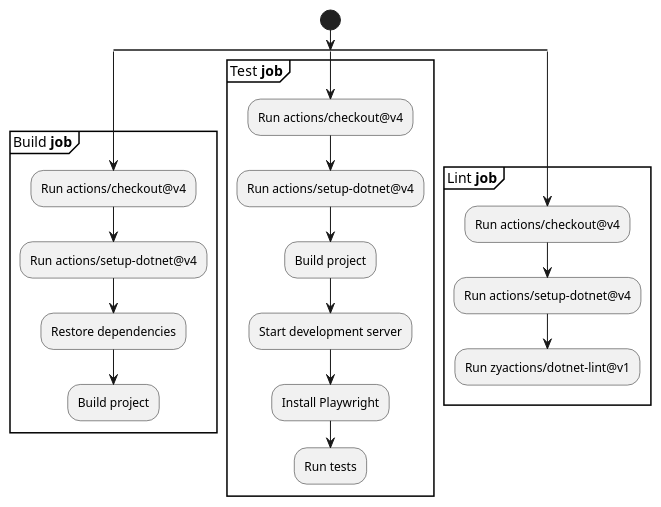
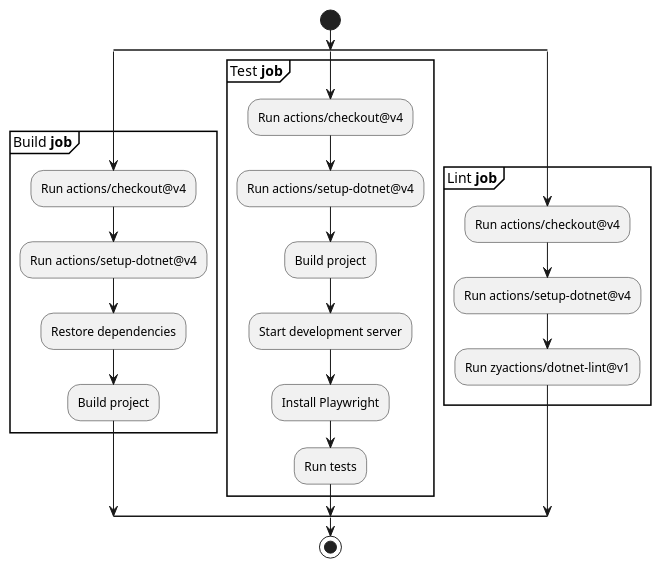
The diagram in docs/diagrams/build-test-lint-workflow.pu (ITU-BDSA2024-GROUP17/Chirp), drawn with PlantUML before and after one commit. The commit also changed 3 other files, not shown here.

Commit message:
Generate diagrams

```diff
--- a/docs/diagrams/build-test-lint-workflow.pu
+++ b/docs/diagrams/build-test-lint-workflow.pu
@@ -1,29 +1,27 @@
 @startuml build-test-lint-workflow
 start
 split
     partition Build **job** {
         :Run actions/checkout@v4;
         :Run actions/setup-dotnet@v4;
         :Restore dependencies;
         :Build project;
     }
-    kill
 split again
     partition Test **job** {
         :Run actions/checkout@v4;
         :Run actions/setup-dotnet@v4;
         :Build project;
         :Start development server;
         :Install Playwright;
         :Run tests;
     }
-    kill
 split again
     partition Lint **job** {
         :Run actions/checkout@v4;
         :Run actions/setup-dotnet@v4;
         :Run zyactions/dotnet-lint@v1;
     }
-    kill
 end split
+stop
 @enduml
```
